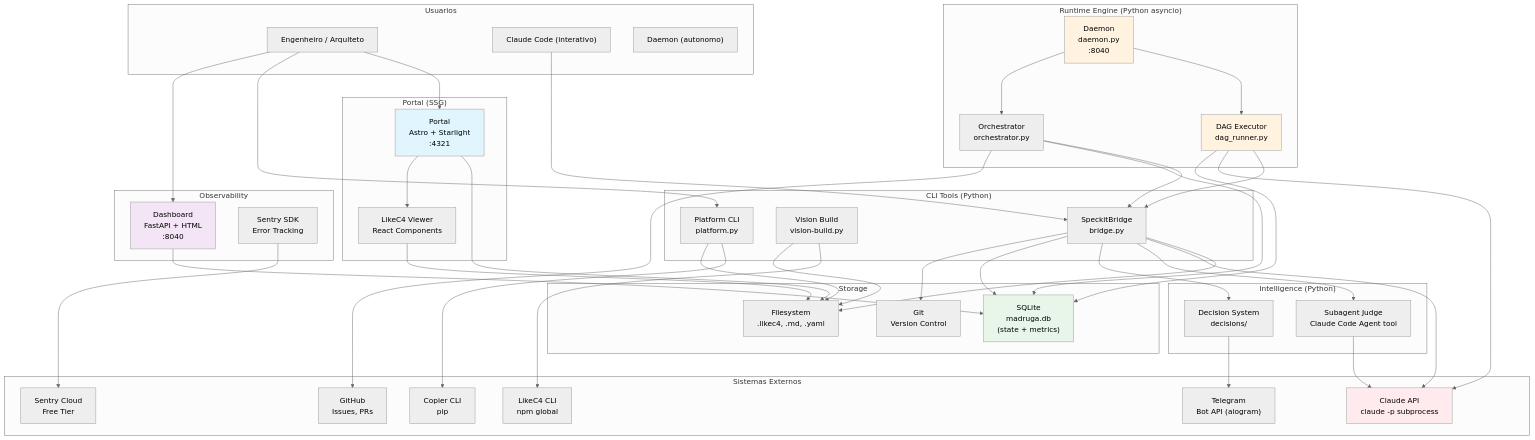
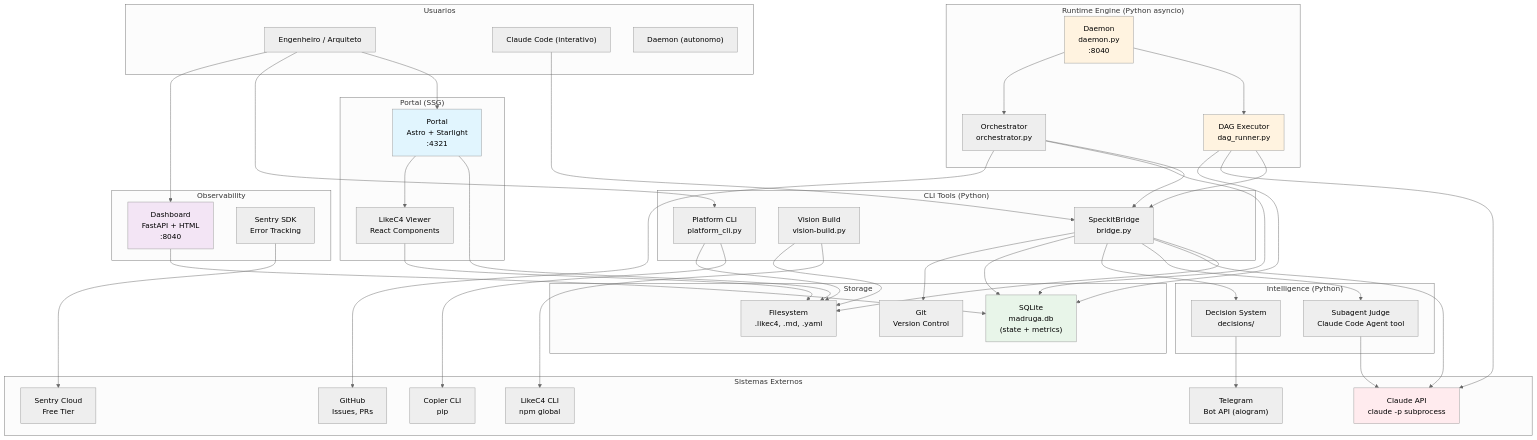
The diagram in platforms/madruga-ai/engineering/containers.md (paceautomations/madruga.ai), drawn with Mermaid (neutral theme) before and after one commit. The commit also changed other lines of this file and 39 other files, not shown here.

First line of the commit message:
fix: renomear platform.py → platform_cli.py (stdlib shadowing) + safety nets

```diff
--- a/platforms/madruga-ai/engineering/containers.md
+++ b/platforms/madruga-ai/engineering/containers.md
@@ -22,7 +22,7 @@
     end
 
     subgraph cli_tools["CLI Tools (Python)"]
-        platform_cli["Platform CLI<br/>platform.py"]
+        platform_cli["Platform CLI<br/>platform_cli.py"]
         vision_build["Vision Build<br/>vision-build.py"]
         speckit_bridge["SpeckitBridge<br/>bridge.py"]
     end
```
